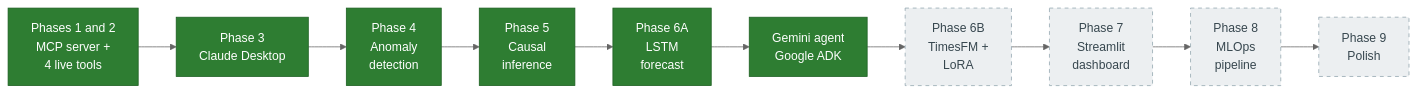
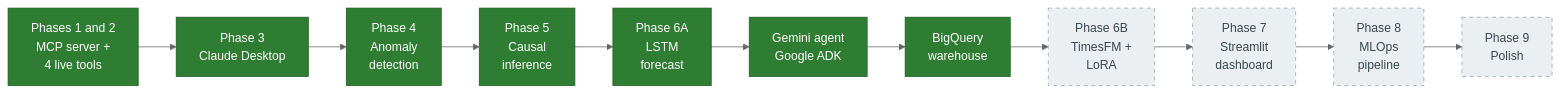
One commit to maahipatel05/ecosentinel changed the second of 18 diagrams in README.md. Above: the diagram before and after it, drawn with Mermaid (neutral theme). The commit also changed other lines of this file and 11 other files, not shown here.

````diff
--- a/README.md
+++ b/README.md
@@ -113,15 +118,16 @@
 ```mermaid
 flowchart LR
     P12["Phases 1 and 2<br/>MCP server +<br/>4 live tools"]:::done --> P3["Phase 3<br/>Claude Desktop"]:::done
     P3 --> P4["Phase 4<br/>Anomaly<br/>detection"]:::done
     P4 --> P5["Phase 5<br/>Causal<br/>inference"]:::done
     P5 --> P6A["Phase 6A<br/>LSTM<br/>forecast"]:::done
     P6A --> ADK["Gemini agent<br/>Google ADK"]:::done
-    ADK --> P6B["Phase 6B<br/>TimesFM +<br/>LoRA"]:::planned
+    ADK --> BQ["BigQuery<br/>warehouse"]:::done
+    BQ --> P6B["Phase 6B<br/>TimesFM +<br/>LoRA"]:::planned
     P6B --> P7["Phase 7<br/>Streamlit<br/>dashboard"]:::planned
     P7 --> P8["Phase 8<br/>MLOps<br/>pipeline"]:::planned
     P8 --> P9["Phase 9<br/>Polish"]:::planned
 
     classDef done fill:#2e7d32,stroke:#1b5e20,color:#ffffff
     classDef planned fill:#eceff1,stroke:#90a4ae,color:#37474f,stroke-dasharray: 5 5
 ```
````
